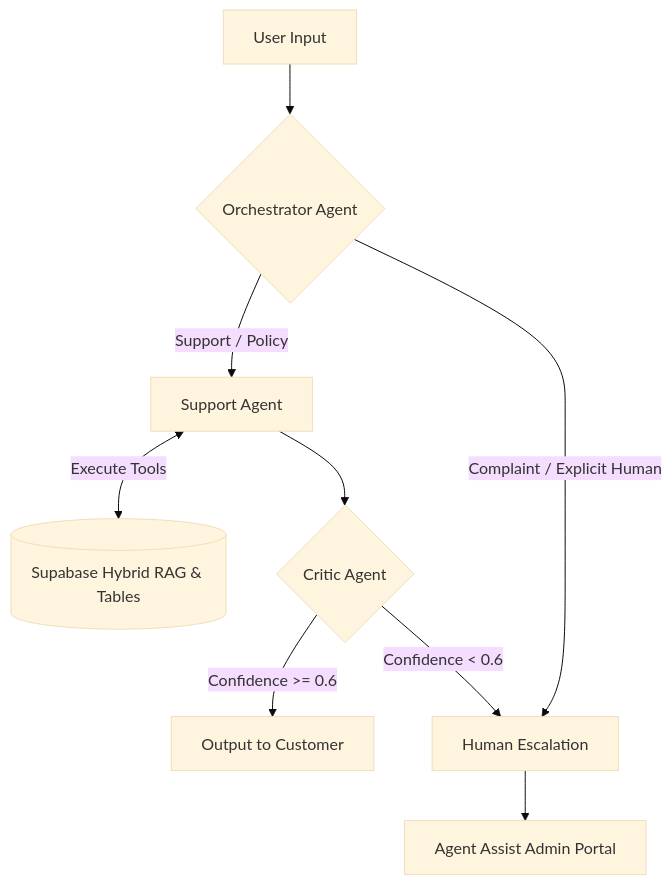
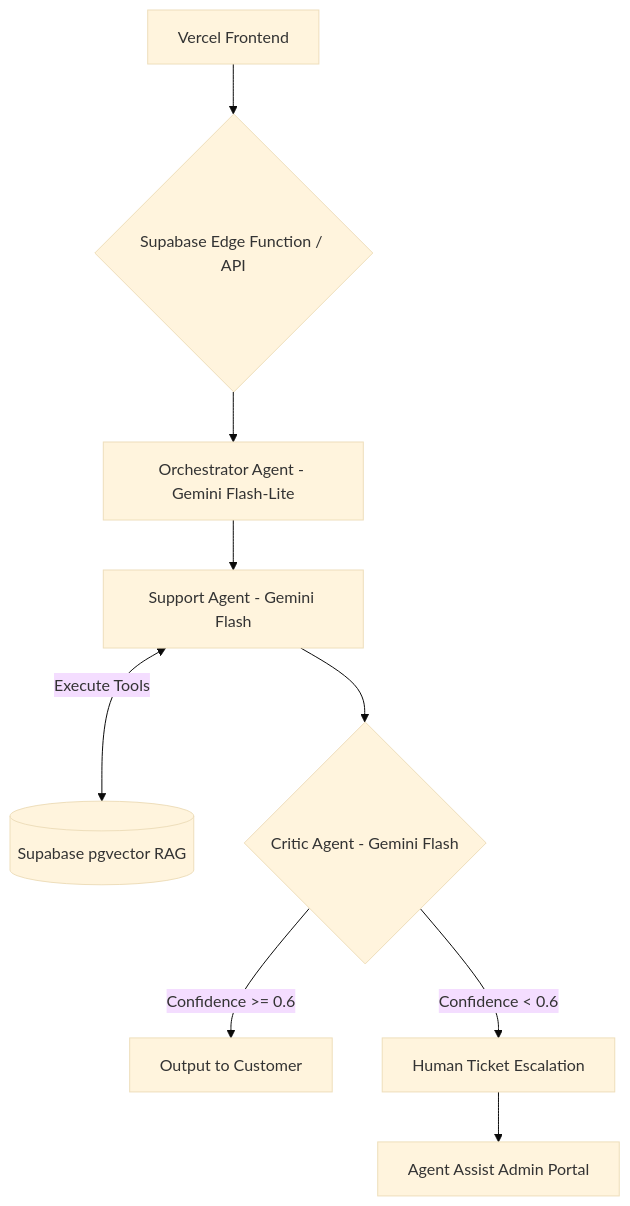
The diagram in README.md (ADITYASINGH1206/technova-cx), drawn with Mermaid (base theme) before and after one commit. The commit also changed other lines of this file and 1 other file, not shown here.

Commit message:
docs: replace build specification with architecture documentation and update project README description.

````diff
--- a/README.md
+++ b/README.md
@@ -27,11 +17,11 @@
 ```mermaid
 graph TD
-    A[User Input] --> B{Orchestrator Agent}
-    B -- Support / Policy --> C[Support Agent]
-    B -- Complaint / Explicit Human --> G[Human Escalation]
-    C <-->|Execute Tools| D[(Supabase Hybrid RAG & Tables)]
-    C --> E{Critic Agent}
-    E -- Confidence >= 0.6 --> F[Output to Customer]
-    E -- Confidence < 0.6 --> G[Human Escalation]
-    G --> H[Agent Assist Admin Portal]
+    A[Vercel Frontend] --> B{Supabase Edge Function / API}
+    B --> C[Orchestrator Agent - Gemini Flash-Lite]
+    C --> D[Support Agent - Gemini Flash]
+    D <-->|Execute Tools| E[(Supabase pgvector RAG)]
+    D --> F{Critic Agent - Gemini Flash}
+    F -- Confidence >= 0.6 --> G[Output to Customer]
+    F -- Confidence < 0.6 --> H[Human Ticket Escalation]
+    H --> I[Agent Assist Admin Portal]
 ```
````
